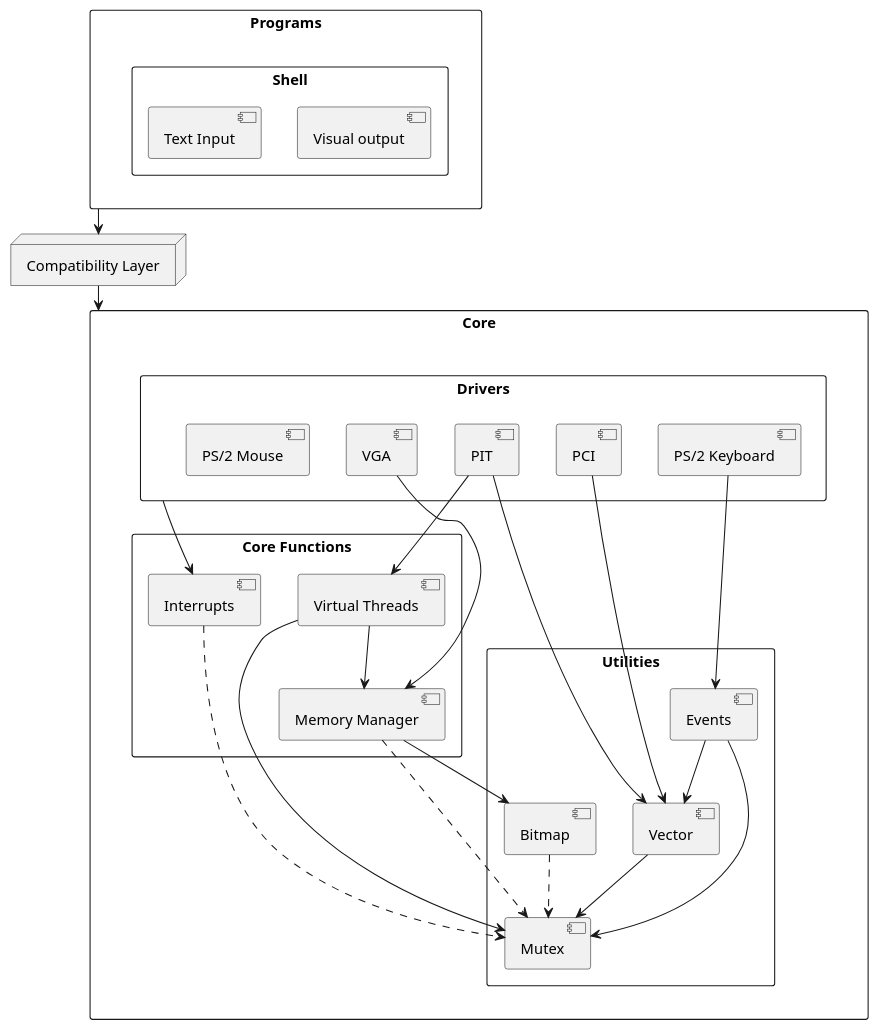
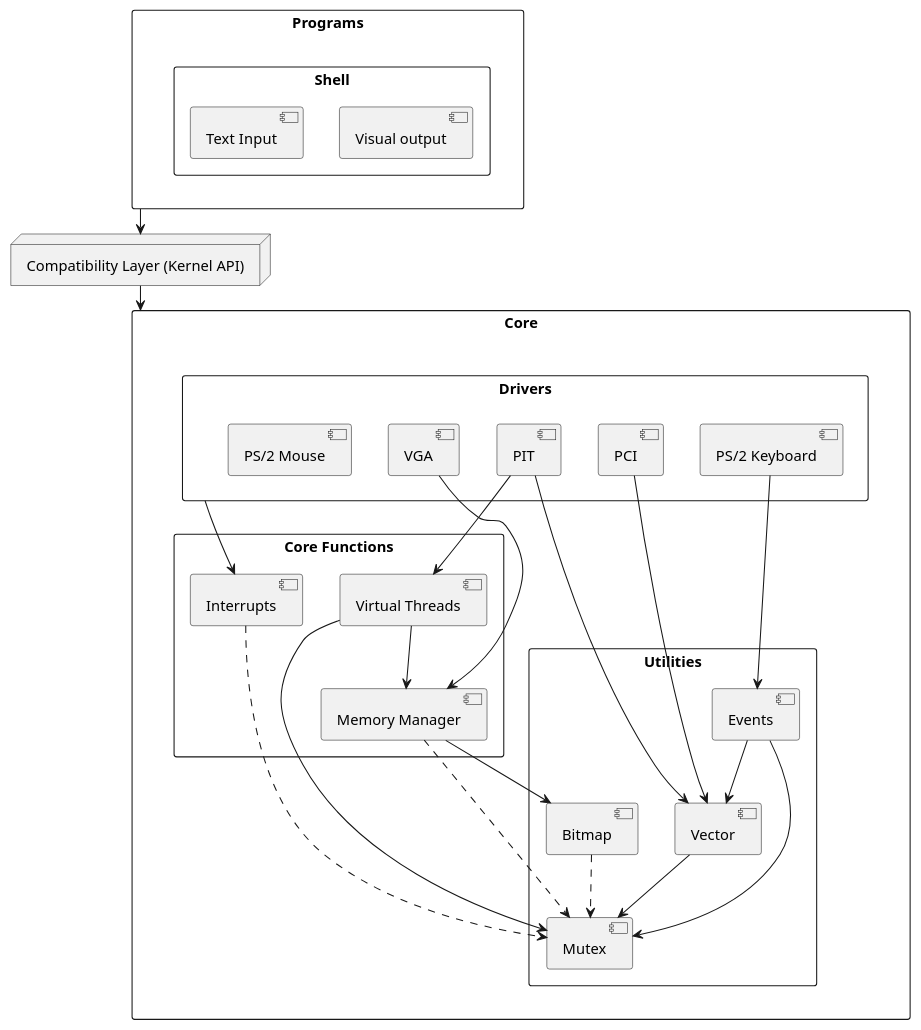
One commit to cactoes/virtual_reflections_os changed the diagram in docs/diagram.puml. Above: the diagram before and after it, drawn with PlantUML. The commit also changed 1 other file, not shown here.

Commit message:
fixed readme link + changed diagram

```diff
--- a/docs/diagram.puml
+++ b/docs/diagram.puml
@@ -1,61 +1,61 @@
 @startuml kernel diagram
 ' skinparam linetype ortho
 
 rectangle "Core" {
     rectangle "Drivers" {
         [PCI]
         [PIT]
         [VGA]
         [PS/2 Keyboard]
         [PS/2 Mouse]
     }
 
     rectangle "Core Functions" {
         [Virtual Threads]
         [Memory Manager]
         [Interrupts]
     }
 
     rectangle "Utilities" {
         [Vector]
         [Mutex]
         [Events]
         [Bitmap]
     }
 }
 
 [Virtual Threads] --> [Mutex]
 [Virtual Threads] --> [Memory Manager]
 
 [Memory Manager] --> [Bitmap]
 [Memory Manager] ..> [Mutex]
 
 [Interrupts] ..> [Mutex]
 
 [Drivers] --> [Interrupts]
 [PCI] --> [Vector]
 [PIT] --> [Vector]
 [PIT] --> [Virtual Threads]
 [VGA] --> [Memory Manager]
 [PS/2 Keyboard] --> [Events]
 
 [Events] --> [Mutex]
 [Bitmap] ..> [Mutex]
 [Events] --> [Vector]
 [Vector] --> [Mutex]
 
 rectangle "Programs" {
     rectangle "Shell" {
         [Visual output]
         [Text Input]
     }
 }
 
-node "Compatibility Layer" as CL {
+node "Compatibility Layer (Kernel API)" as CL {
 
 }
 
 Programs --> CL
 CL --> Core
 
 @enduml
```
